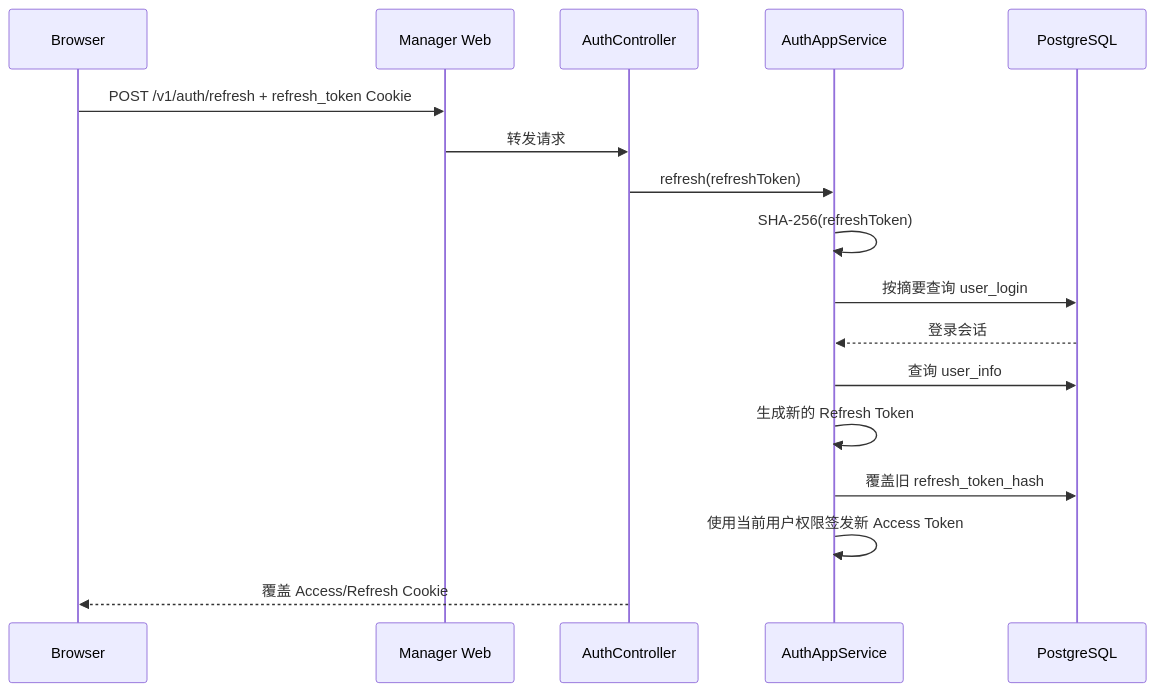
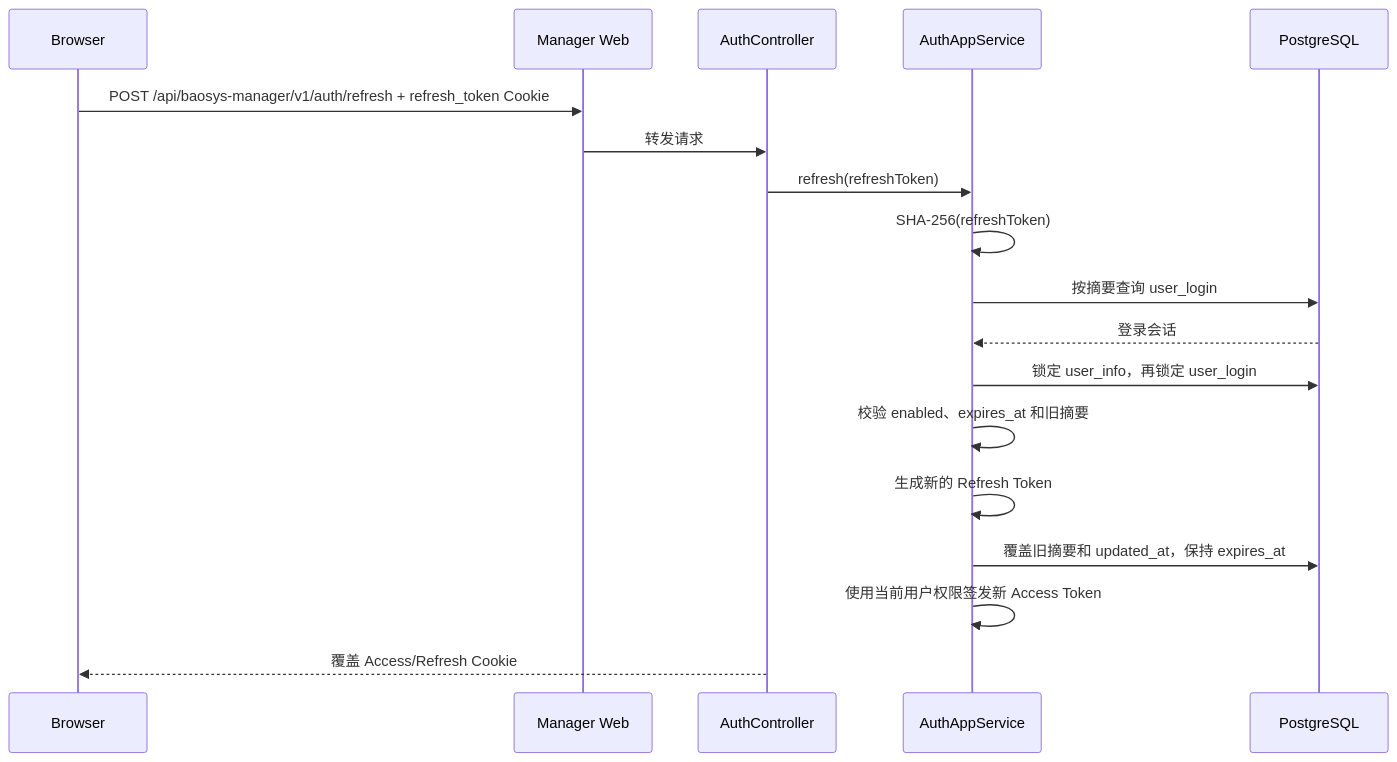
The second of 2 diagrams in docs/modules/manager/auth_and_session.md (bbcdabao/baosys), drawn with Mermaid before and after one commit. The commit also changed other lines of this file and 17 other files, not shown here.

````diff
--- a/docs/modules/manager/auth_and_session.md
+++ b/docs/modules/manager/auth_and_session.md
@@ -127,20 +129,21 @@
 ```mermaid
 sequenceDiagram
     participant UI as Browser
     participant GW as Manager Web
     participant API as AuthController
     participant S as AuthAppService
     participant DB as PostgreSQL
 
-    UI->>GW: POST /v1/auth/refresh + refresh_token Cookie
+    UI->>GW: POST /api/baosys-manager/v1/auth/refresh + refresh_token Cookie
     GW->>API: 转发请求
     API->>S: refresh(refreshToken)
     S->>S: SHA-256(refreshToken)
     S->>DB: 按摘要查询 user_login
     DB-->>S: 登录会话
-    S->>DB: 查询 user_info
+    S->>DB: 锁定 user_info，再锁定 user_login
+    S->>S: 校验 enabled、expires_at 和旧摘要
     S->>S: 生成新的 Refresh Token
-    S->>DB: 覆盖旧 refresh_token_hash
+    S->>DB: 覆盖旧摘要和 updated_at，保持 expires_at
     S->>S: 使用当前用户权限签发新 Access Token
     API-->>UI: 覆盖 Access/Refresh Cookie
 ```
````
